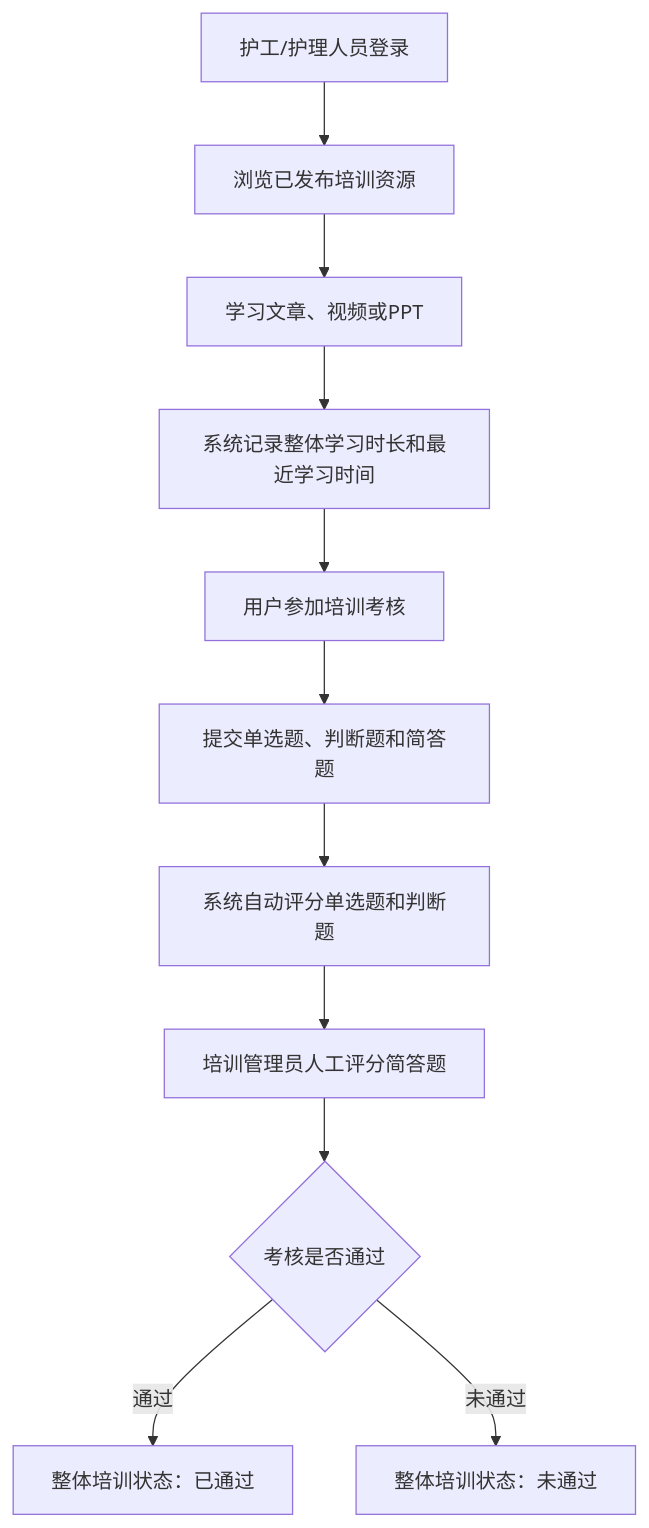
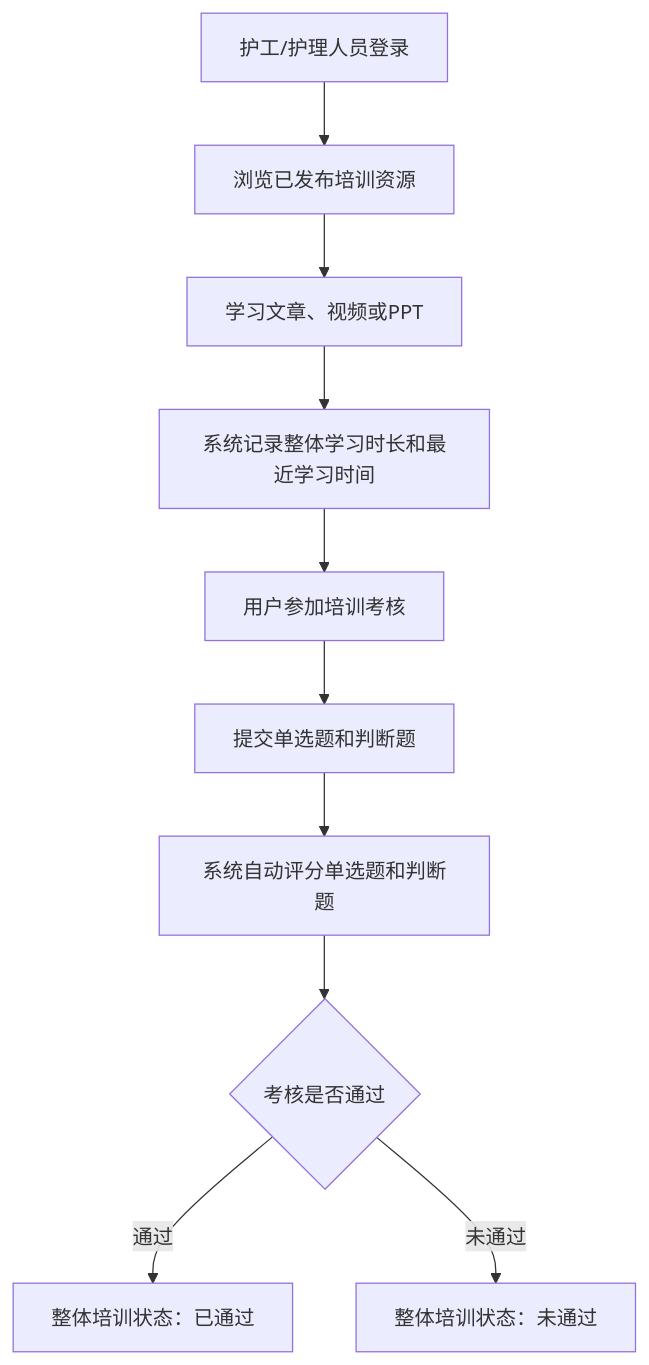
One commit to thesantaana/Care-Nexus changed the tenth of 20 diagrams in docs/requirements/业务流程.md. Above: the diagram before and after it, drawn with Mermaid. The commit also changed other lines of this file and 91 other files, not shown here.

````diff
--- a/docs/requirements/业务流程.md
+++ b/docs/requirements/业务流程.md
@@ -120,13 +120,12 @@
 ```mermaid
 flowchart TD
     A["护工/护理人员登录"] --> B["浏览已发布培训资源"]
     B --> C["学习文章、视频或PPT"]
     C --> D["系统记录整体学习时长和最近学习时间"]
     D --> E["用户参加培训考核"]
-    E --> F["提交单选题、判断题和简答题"]
+    E --> F["提交单选题和判断题"]
     F --> G["系统自动评分单选题和判断题"]
-    G --> H["培训管理员人工评分简答题"]
-    H --> I{"考核是否通过"}
+    G --> I{"考核是否通过"}
     I -- "通过" --> J["整体培训状态：已通过"]
     I -- "未通过" --> K["整体培训状态：未通过"]
 ```
````
